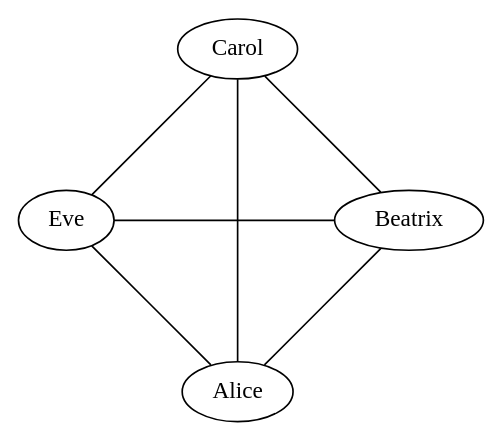
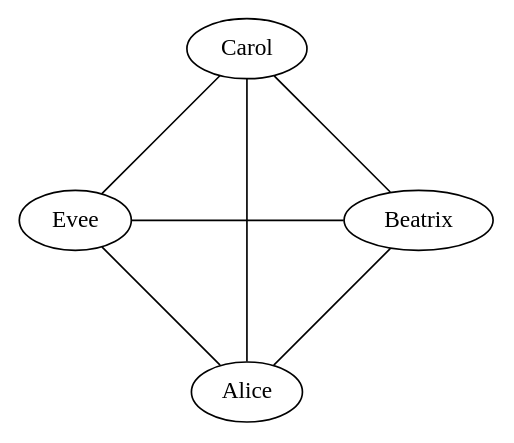
The diagram in DOT/Sample Lesbian Quad.dot (Elipsis/polycule-grapher), drawn with Graphviz before and after one commit. The commit also changed 1 other file, not shown here.

```diff
--- a/DOT/Sample Lesbian Quad.dot
+++ b/DOT/Sample Lesbian Quad.dot
@@ -1,10 +1,10 @@
 graph SampleLesbianQuad {
     layout=circo
 
 	Alice -- Beatrix
 	Alice -- Carol
-	Alice -- Eve
-	Beatrix -- Eve
+	Alice -- Evee
+	Beatrix -- Evee
 	Beatrix -- Carol
-	Carol -- Eve
+	Carol -- Evee
 }
```
